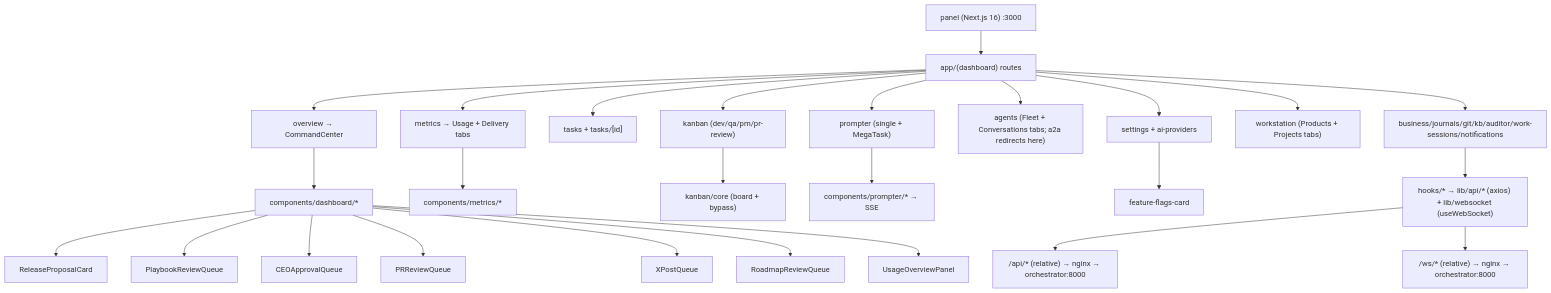
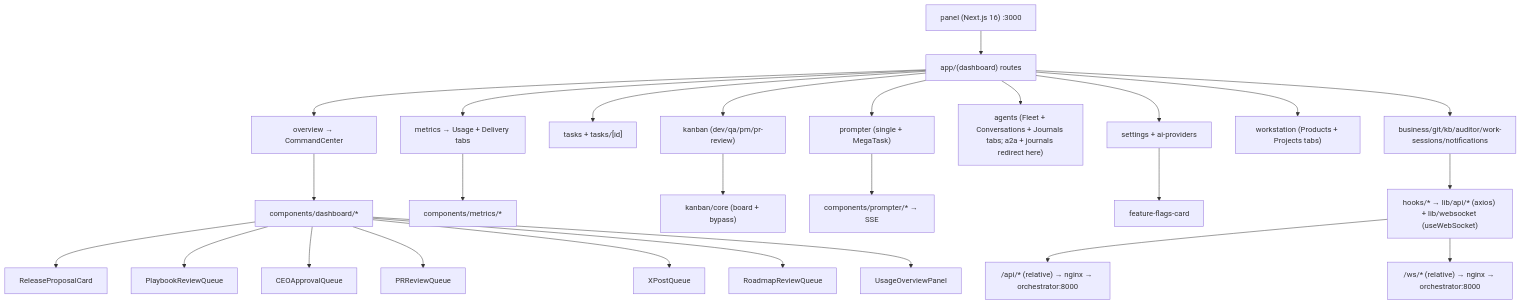
One commit to rennf93/roboco changed the diagram in docs/map/panel.md. Above: the diagram before and after it, drawn with Mermaid. The commit also changed other lines of this file and 1 other file, not shown here.

Commit message:
docs(map): Journals tab on the Agents hub; registry retargets

````diff
--- a/docs/map/panel.md
+++ b/docs/map/panel.md
@@ -127,29 +130,29 @@
 ```mermaid
 graph TD
   Panel["panel (Next.js 16) :3000"]
   Panel --> Routes["app/(dashboard) routes"]
   Routes --> Overview["overview → CommandCenter"]
   Routes --> Metrics["metrics → Usage + Delivery tabs"]
   Routes --> Tasks["tasks + tasks/[id]"]
   Routes --> Kanban["kanban (dev/qa/pm/pr-review)"]
   Routes --> Prompter["prompter (single + MegaTask)"]
-  Routes --> AgentsHub["agents (Fleet + Conversations tabs; a2a redirects here)"]
+  Routes --> AgentsHub["agents (Fleet + Conversations + Journals tabs; a2a + journals redirect here)"]
   Routes --> Settings["settings + ai-providers"]
   Routes --> Workstation["workstation (Products + Projects tabs)"]
-  Routes --> Domain["business/journals/git/kb/auditor/work-sessions/notifications"]
+  Routes --> Domain["business/git/kb/auditor/work-sessions/notifications"]
   Overview --> Dash["components/dashboard/*"]
   Dash --> Release["ReleaseProposalCard"]
   Dash --> Playbook["PlaybookReviewQueue"]
   Dash --> Ceo["CEOApprovalQueue"]
   Dash --> Pr["PRReviewQueue"]
   Dash --> XQ["XPostQueue"]
   Dash --> Rd["RoadmapReviewQueue"]
   Dash --> Usage["UsageOverviewPanel"]
   Metrics --> MComp["components/metrics/*"]
   Kanban --> KCore["kanban/core (board + bypass)"]
   Prompter --> PComp["components/prompter/* → SSE"]
   Settings --> FF["feature-flags-card"]
   Domain --> Hooks["hooks/* → lib/api/* (axios) + lib/websocket (useWebSocket)"]
   Hooks --> API["/api/* (relative) → nginx → orchestrator:8000"]
   Hooks --> WS["/ws/* (relative) → nginx → orchestrator:8000"]
 ```
````
